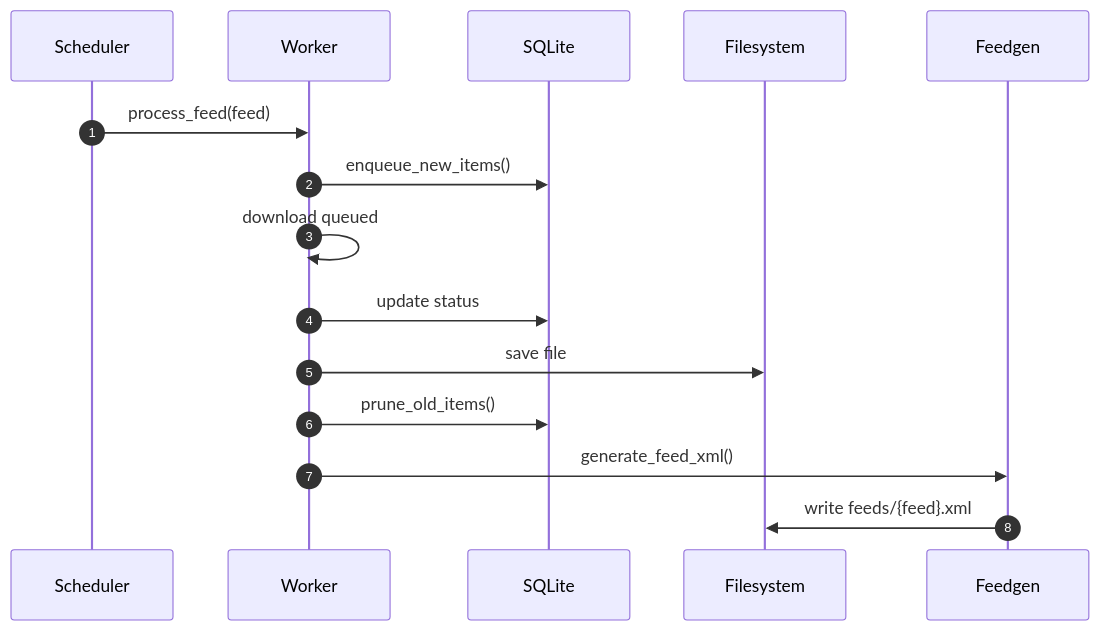
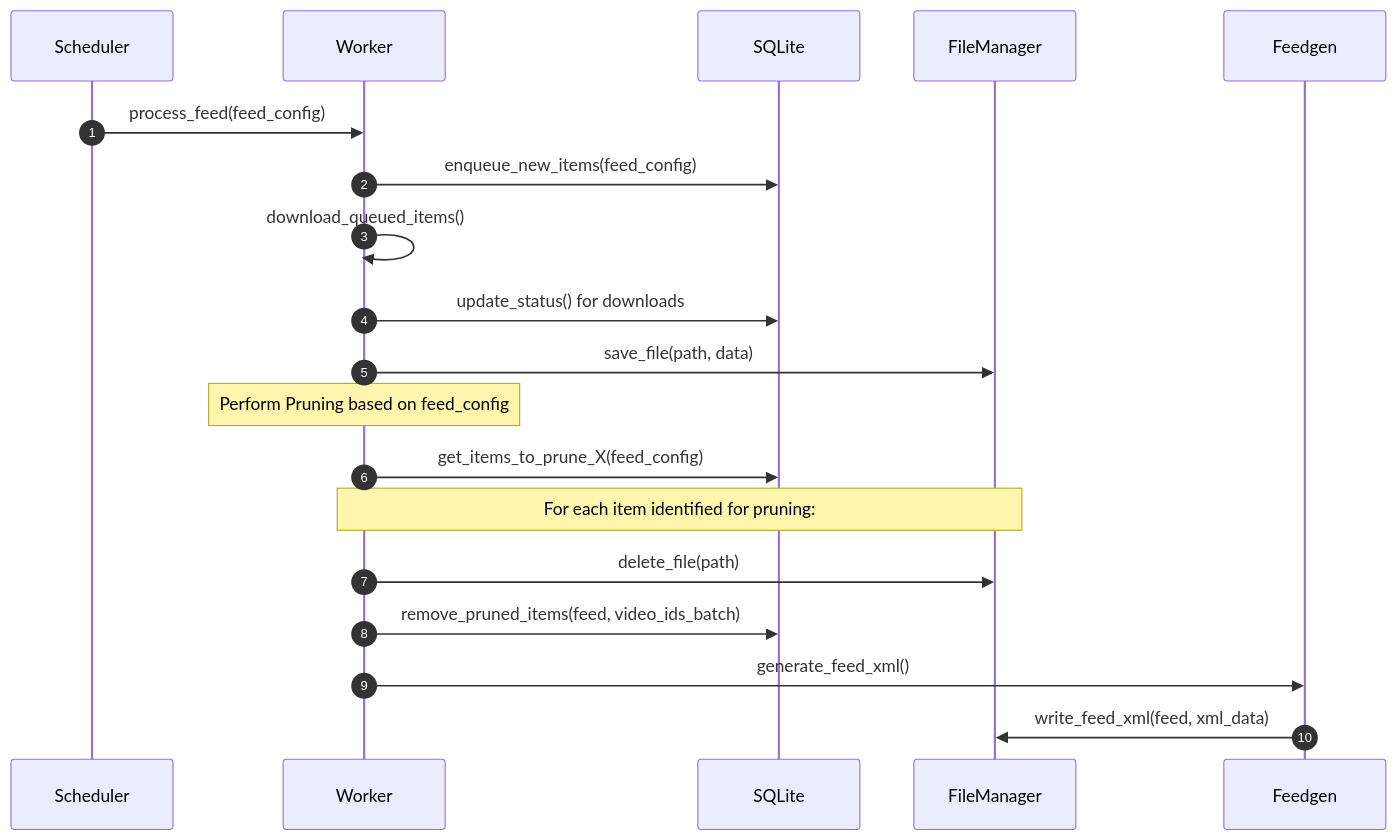
Before and after one commit to thurstonsand/anypod: the second of 2 diagrams in DESIGN_DOC.md, drawn with Mermaid. The commit also changed other lines of this file and 8 other files, not shown here.

````diff
--- a/DESIGN_DOC.md
+++ b/DESIGN_DOC.md
@@ -100,18 +100,24 @@
 ```mermaid
 sequenceDiagram
   autonumber
   participant S as Scheduler
   participant W as Worker
   participant DB as SQLite
-  participant FS as Filesystem
+  participant FM as FileManager
   participant FG as Feedgen
 
-  S->>W: process_feed(feed)
-  W->>DB: enqueue_new_items()
-  W->>W: download queued
-  W->>DB: update status
-  W->>FS: save file
-  W->>DB: prune_old_items()
+  S->>W: process_feed(feed_config)
+  W->>DB: enqueue_new_items(feed_config)
+  W->>W: download_queued_items()
+  W->>DB: update_status() for downloads
+  W->>FM: save_file(path, data)
+
+  Note over W: Perform Pruning based on feed_config
+  W->>DB: get_items_to_prune_X(feed_config)
+  Note over W, FM: For each item identified for pruning:
+  W->>FM: delete_file(path)
+  W->>DB: remove_pruned_items(feed, video_ids_batch)
+
   W->>FG: generate_feed_xml()
-  FG->>FS: write feeds/{feed}.xml
+  FG->>FM: write_feed_xml(feed, xml_data)
 ```
````
